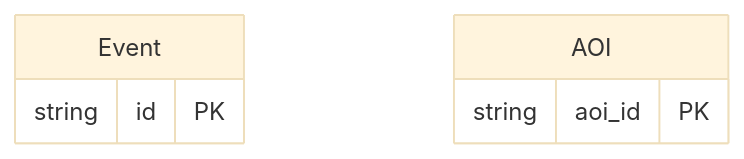
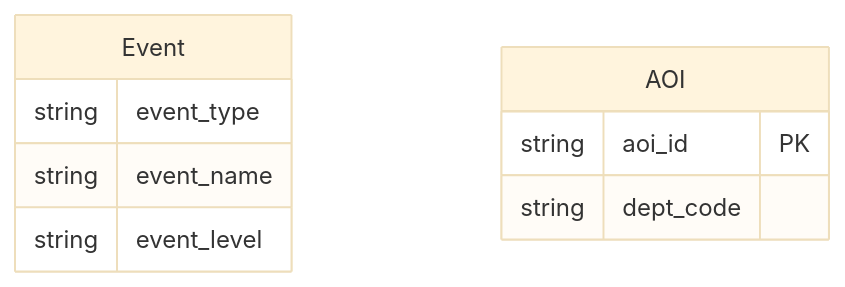
The second of 3 diagrams in knowledge/semantic-model.md (JohnnyQ-commits/aqueduct-data-agent), drawn with Mermaid (base theme) before and after one commit. The commit also changed other lines of this file and 4 other files, not shown here.

First line of the commit message:
feat: ontology-compliant knowledge layer + architecture roadmap

````diff
--- a/knowledge/semantic-model.md
+++ b/knowledge/semantic-model.md
@@ -65,9 +151,12 @@
 ```mermaid
 erDiagram
     Event {
-        string id PK
+        string event_type
+        string event_name
+        string event_level
     }
     AOI {
         string aoi_id PK
+        string dept_code
     }
 ```
````
